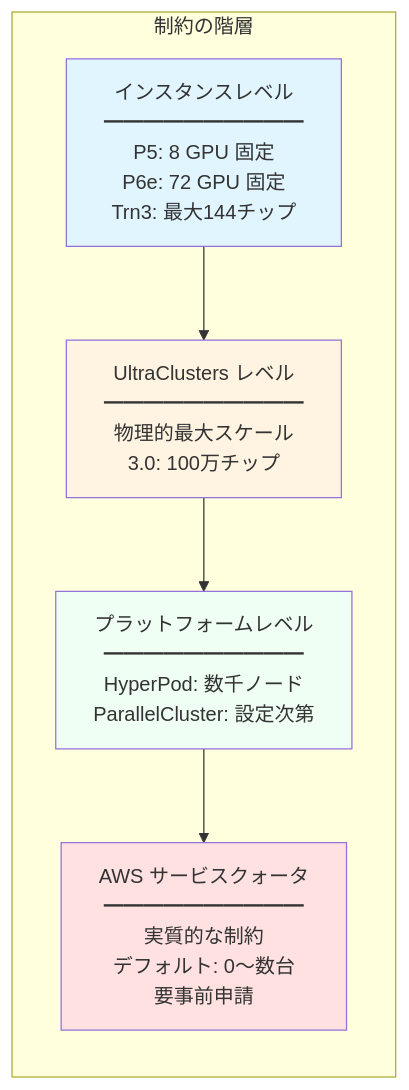
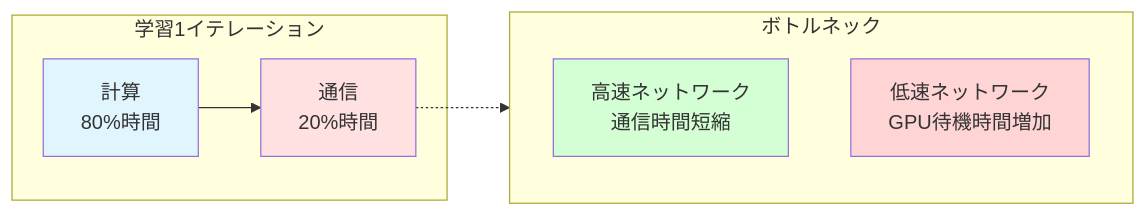
The sixth of 6 diagrams in books/distributed-experiment-collection/infrastructures.md (littlemex/zenn), drawn with Mermaid before and after one commit. The commit also changed other lines of this file, not shown here.

````diff
--- a/books/distributed-experiment-collection/infrastructures.md
+++ b/books/distributed-experiment-collection/infrastructures.md
@@ -911,23 +669,22 @@
 ```mermaid
-graph TB
-    subgraph Constraints["制約の階層"]
-        direction TB
+graph LR
+    subgraph Training["学習1イテレーション"]
+        Compute[計算<br/>80%時間]
+        Comm[通信<br/>20%時間]
         
-        Instance[インスタンスレベル<br/>━━━━━━━━━━<br/>P5: 8 GPU 固定<br/>P6e: 72 GPU 固定<br/>Trn3: 最大144チップ]
-        
-        UltraCluster[UltraClusters レベル<br/>━━━━━━━━━━<br/>物理的最大スケール<br/>3.0: 100万チップ]
-        
-        Platform[プラットフォームレベル<br/>━━━━━━━━━━<br/>HyperPod: 数千ノード<br/>ParallelCluster: 設定次第]
-        
-        Quota[AWS サービスクォータ<br/>━━━━━━━━━━<br/>実質的な制約<br/>デフォルト: 0〜数台<br/>要事前申請]
+        Compute --> Comm
     end
     
-    Instance --> UltraCluster
-    UltraCluster --> Platform
-    Platform --> Quota
+    subgraph Bottleneck["ボトルネック"]
+        direction TB
+        Fast[高速ネットワーク<br/>通信時間短縮]
+        Slow[低速ネットワーク<br/>GPU待機時間増加]
+    end
     
-    style Instance fill:#e1f5ff
-    style UltraCluster fill:#fff4e1
-    style Platform fill:#f0fff4
-    style Quota fill:#ffe1e1
+    Comm -.->Bottleneck
+    
+    style Compute fill:#e1f5ff
+    style Comm fill:#ffe1e1
+    style Fast fill:#d4ffd4
+    style Slow fill:#ffd4d4
 ```
````
